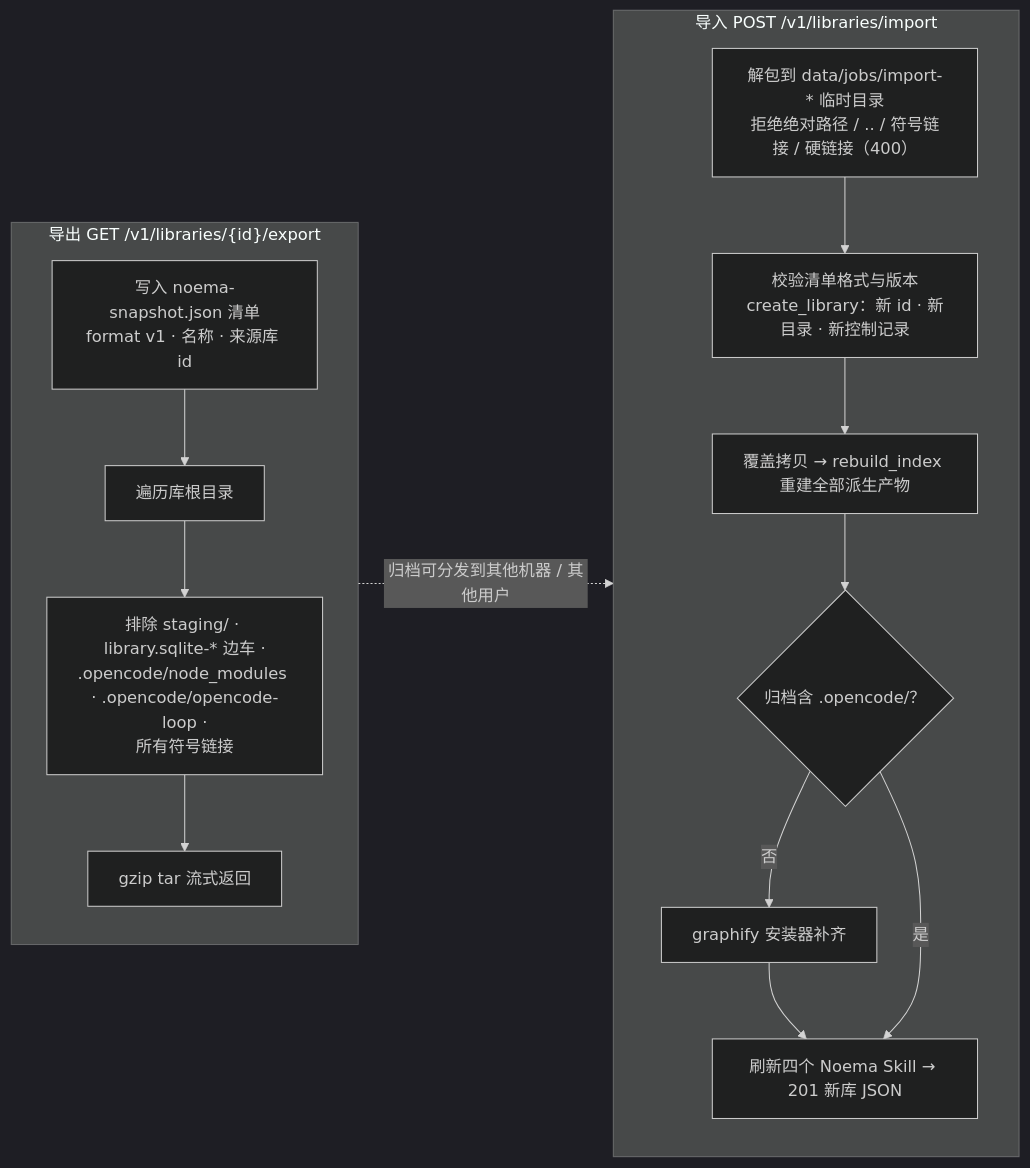
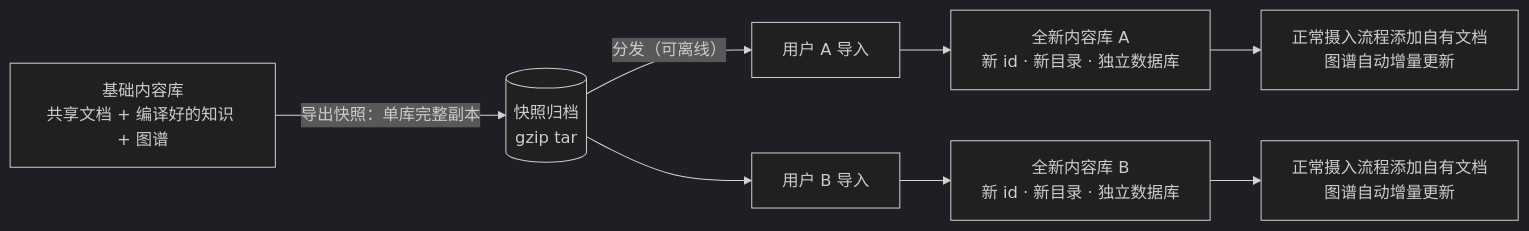
The fifth of 5 diagrams in README.md (xutianyi1999/noema), drawn with Mermaid (dark theme) before and after one commit. The commit also changed other lines of this file, not shown here.

Commit message:
refactor: reorganize README to clarify design principles and content library structure

````diff
--- a/README.md
+++ b/README.md
@@ -178,26 +165,10 @@
 ```mermaid
 flowchart LR
-    subgraph EXP["导出 GET /v1/libraries/{id}/export"]
-        direction TB
-        E1["写入 noema-snapshot.json 清单<br/>format v1 · 名称 · 来源库 id"]
-        E2["遍历库根目录"]
-        E3["排除 staging/ · library.sqlite-* 边车 ·<br/>.opencode/node_modules · .opencode/opencode-loop ·<br/>所有符号链接"]
-        E4["gzip tar 流式返回"]
-        E1 --> E2 --> E3 --> E4
-    end
-
-    subgraph IMP["导入 POST /v1/libraries/import"]
-        direction TB
-        I1["解包到 data/jobs/import-* 临时目录<br/>拒绝绝对路径 / .. / 符号链接 / 硬链接（400）"]
-        I2["校验清单格式与版本<br/>create_library：新 id · 新目录 · 新控制记录"]
-        I3["覆盖拷贝 → rebuild_index 重建全部派生产物"]
-        I4{"归档含 .opencode/？"}
-        I5["graphify 安装器补齐"]
-        I6["刷新四个 Noema Skill → 201 新库 JSON"]
-        I1 --> I2 --> I3 --> I4
-        I4 -->|"否"| I5 --> I6
-        I4 -->|"是"| I6
-    end
-
-    E4 -.->|"归档可分发到其他机器 / 其他用户"| I1
+    BASE["基础内容库<br/>共享文档 + 编译好的知识 + 图谱"] -->|"导出快照：单库完整副本"| FILE[("快照归档<br/>gzip tar")]
+    FILE -->|"分发（可离线）"| IMpa["用户 A 导入"]
+    FILE --> IMpb["用户 B 导入"]
+    IMpa --> NEWA["全新内容库 A<br/>新 id · 新目录 · 独立数据库"]
+    IMpb --> NEWB["全新内容库 B<br/>新 id · 新目录 · 独立数据库"]
+    NEWA --> ADDA["正常摄入流程添加自有文档<br/>图谱自动增量更新"]
+    NEWB --> ADDB["正常摄入流程添加自有文档<br/>图谱自动增量更新"]
 ```
````
